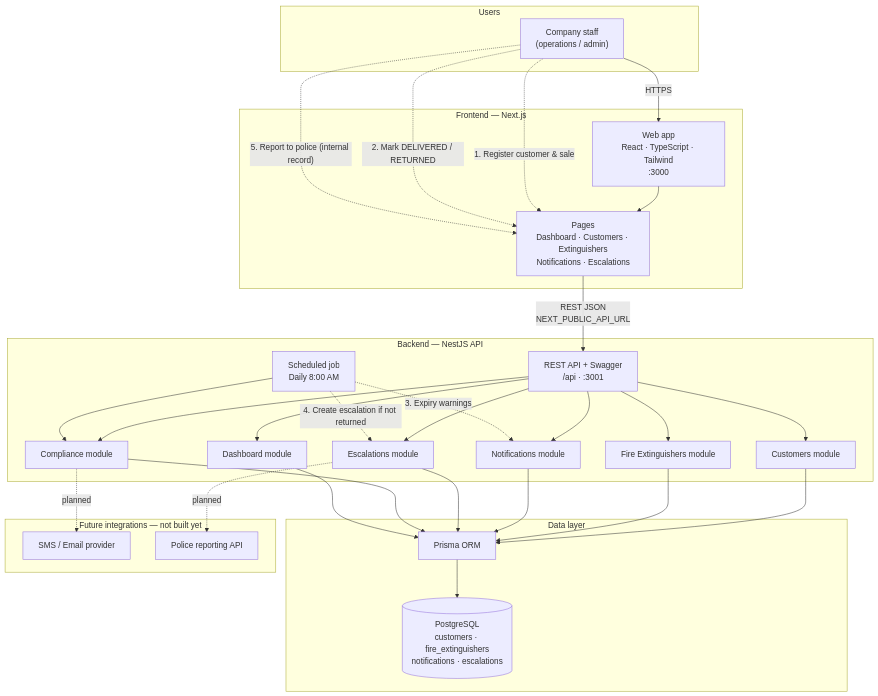
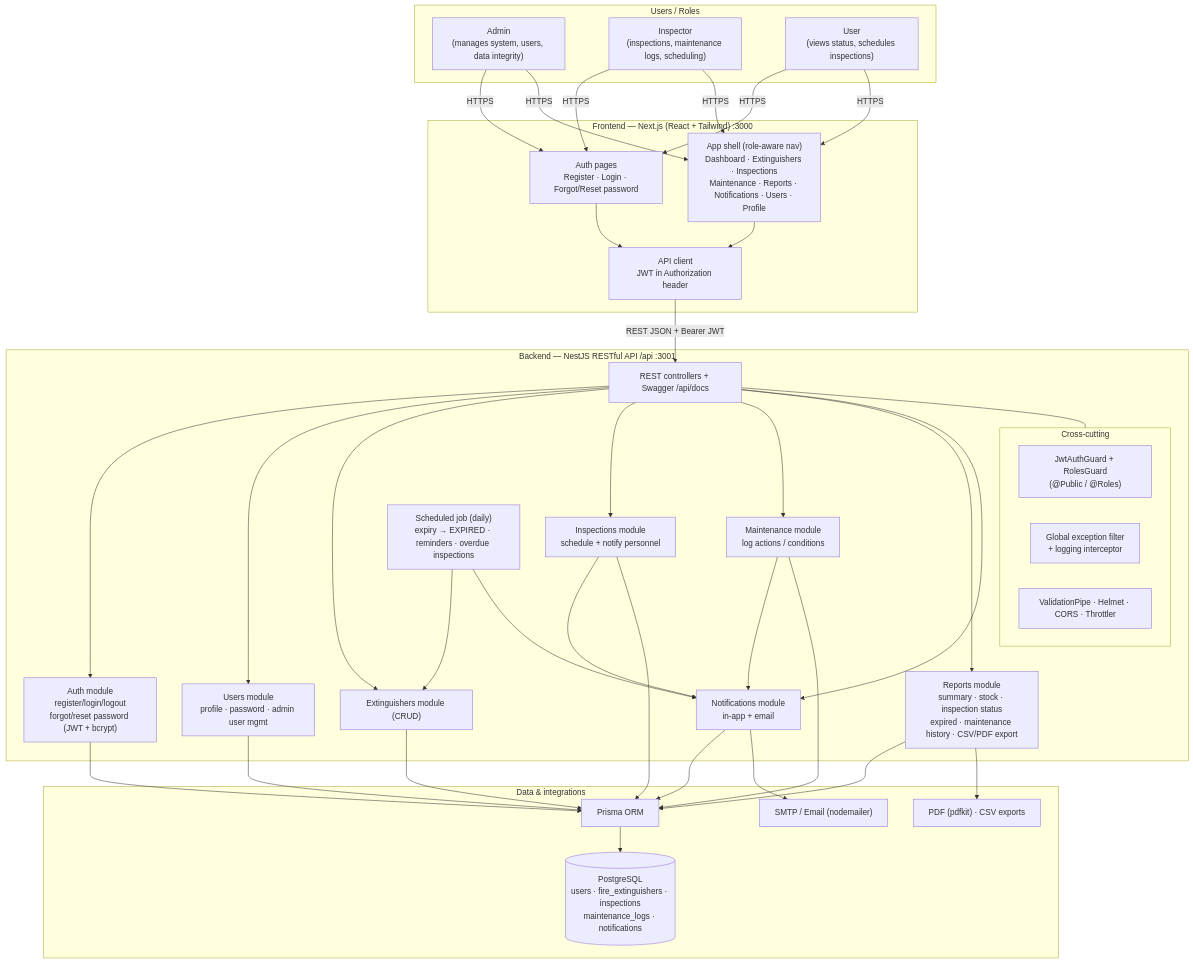
The diagram in docs/fems-architecture.mmd (Ndahiroloicke/FEMS), drawn with Mermaid before and after one commit. The commit also changed 412 other files, not shown here.

```diff
--- a/docs/fems-architecture.mmd
+++ b/docs/fems-architecture.mmd
@@ -1,60 +1,63 @@
 %% Fire Extinguisher Management System (FEMS) — System Architecture
-%% Paste into https://mermaid.live or any Mermaid renderer
+%% RESTful (monolithic NestJS API — NOT microservices), per SRS.
+%% Paste into https://mermaid.live or any Mermaid renderer.
 
 flowchart TB
-  subgraph users["Users"]
-    staff["Company staff<br/>(operations / admin)"]
+  subgraph actors["Users / Roles"]
+    admin["Admin<br/>(manages system, users, data integrity)"]
+    inspector["Inspector<br/>(inspections, maintenance logs, scheduling)"]
+    user["User<br/>(views status, schedules inspections)"]
   end
 
-  subgraph client["Frontend — Next.js"]
-    web["Web app<br/>React · TypeScript · Tailwind<br/>:3000"]
-    pages["Pages<br/>Dashboard · Customers · Extinguishers<br/>Notifications · Escalations"]
-    web --> pages
+  subgraph client["Frontend — Next.js (React + Tailwind) :3000"]
+    auth_ui["Auth pages<br/>Register · Login · Forgot/Reset password"]
+    app_ui["App shell (role-aware nav)<br/>Dashboard · Extinguishers · Inspections<br/>Maintenance · Reports · Notifications · Users · Profile"]
+    apiclient["API client<br/>JWT in Authorization header"]
+    auth_ui --> apiclient
+    app_ui --> apiclient
   end
 
-  subgraph api["Backend — NestJS API"]
-    rest["REST API + Swagger<br/>/api · :3001"]
-    mod_cust["Customers module"]
-    mod_ext["Fire Extinguishers module"]
-    mod_notif["Notifications module"]
-    mod_esc["Escalations module"]
-    mod_comp["Compliance module"]
-    mod_dash["Dashboard module"]
-    cron["Scheduled job<br/>Daily 8:00 AM"]
-    rest --> mod_cust
-    rest --> mod_ext
-    rest --> mod_notif
-    rest --> mod_esc
-    rest --> mod_comp
-    rest --> mod_dash
-    cron --> mod_comp
+  subgraph api["Backend — NestJS RESTful API  /api  :3001"]
+    rest["REST controllers + Swagger /api/docs"]
+    subgraph sec["Cross-cutting"]
+      guard["JwtAuthGuard + RolesGuard<br/>(@Public / @Roles)"]
+      filt["Global exception filter<br/>+ logging interceptor"]
+      valid["ValidationPipe · Helmet · CORS · Throttler"]
+    end
+    mod_auth["Auth module<br/>register/login/logout<br/>forgot/reset password (JWT + bcrypt)"]
+    mod_users["Users module<br/>profile · password · admin user mgmt"]
+    mod_ext["Extinguishers module (CRUD)"]
+    mod_insp["Inspections module<br/>schedule + notify personnel"]
+    mod_maint["Maintenance module<br/>log actions / conditions"]
+    mod_rep["Reports module<br/>summary · stock · inspection status<br/>expired · maintenance history · CSV/PDF export"]
+    mod_notif["Notifications module<br/>in-app + email"]
+    cron["Scheduled job (daily)<br/>expiry → EXPIRED · reminders · overdue inspections"]
+    rest --> mod_auth & mod_users & mod_ext & mod_insp & mod_maint & mod_rep & mod_notif
+    rest --- sec
+    cron --> mod_ext
+    cron --> mod_notif
+    mod_insp --> mod_notif
+    mod_maint --> mod_notif
   end
 
-  subgraph data["Data layer"]
+  subgraph data["Data & integrations"]
     prisma["Prisma ORM"]
-    pg[("PostgreSQL<br/>customers · fire_extinguishers<br/>notifications · escalations")]
+    pg[("PostgreSQL<br/>users · fire_extinguishers · inspections<br/>maintenance_logs · notifications")]
+    smtp["SMTP / Email (nodemailer)"]
+    files["PDF (pdfkit) · CSV exports"]
     prisma --> pg
   end
 
-  subgraph future["Future integrations — not built yet"]
-    sms["SMS / Email provider"]
-    police["Police reporting API"]
-  end
+  admin & inspector & user -->|HTTPS| auth_ui
+  admin & inspector & user -->|HTTPS| app_ui
+  apiclient -->|REST JSON + Bearer JWT| rest
 
-  staff -->|"HTTPS"| web
-  pages -->|"REST JSON<br/>NEXT_PUBLIC_API_URL"| rest
-  mod_cust --> prisma
+  mod_auth --> prisma
+  mod_users --> prisma
   mod_ext --> prisma
+  mod_insp --> prisma
+  mod_maint --> prisma
+  mod_rep --> prisma
   mod_notif --> prisma
-  mod_esc --> prisma
-  mod_comp --> prisma
-  mod_dash --> prisma
-  mod_comp -.->|"planned"| sms
-  mod_esc -.->|"planned"| police
-
-  %% Business flows
-  staff -.->|"1. Register customer & sale"| pages
-  staff -.->|"2. Mark DELIVERED / RETURNED"| pages
-  cron -.->|"3. Expiry warnings"| mod_notif
-  cron -.->|"4. Create escalation if not returned"| mod_esc
-  staff -.->|"5. Report to police (internal record)"| pages
+  mod_notif --> smtp
+  mod_rep --> files
```
